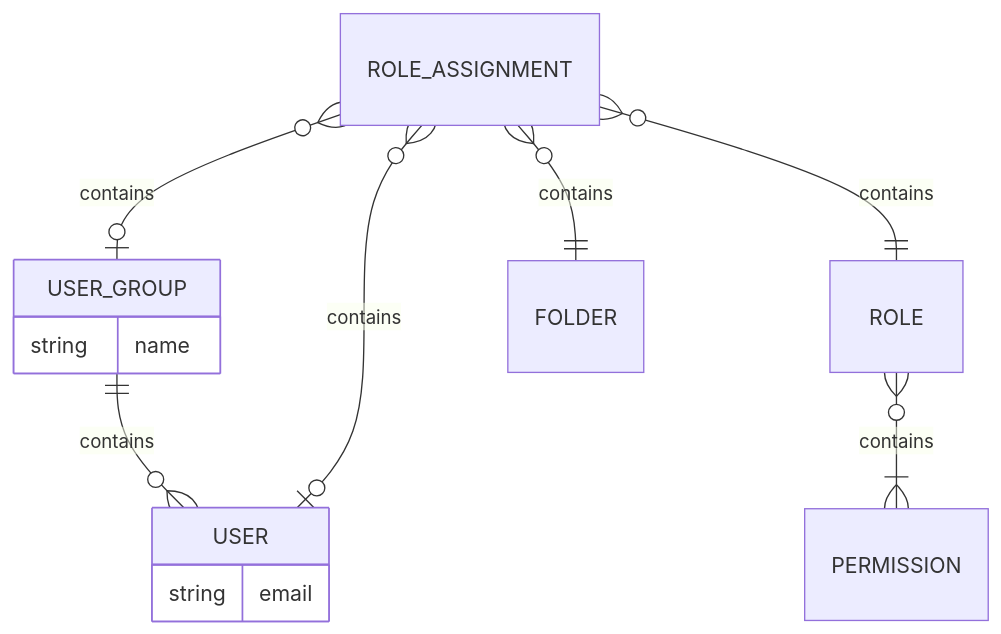
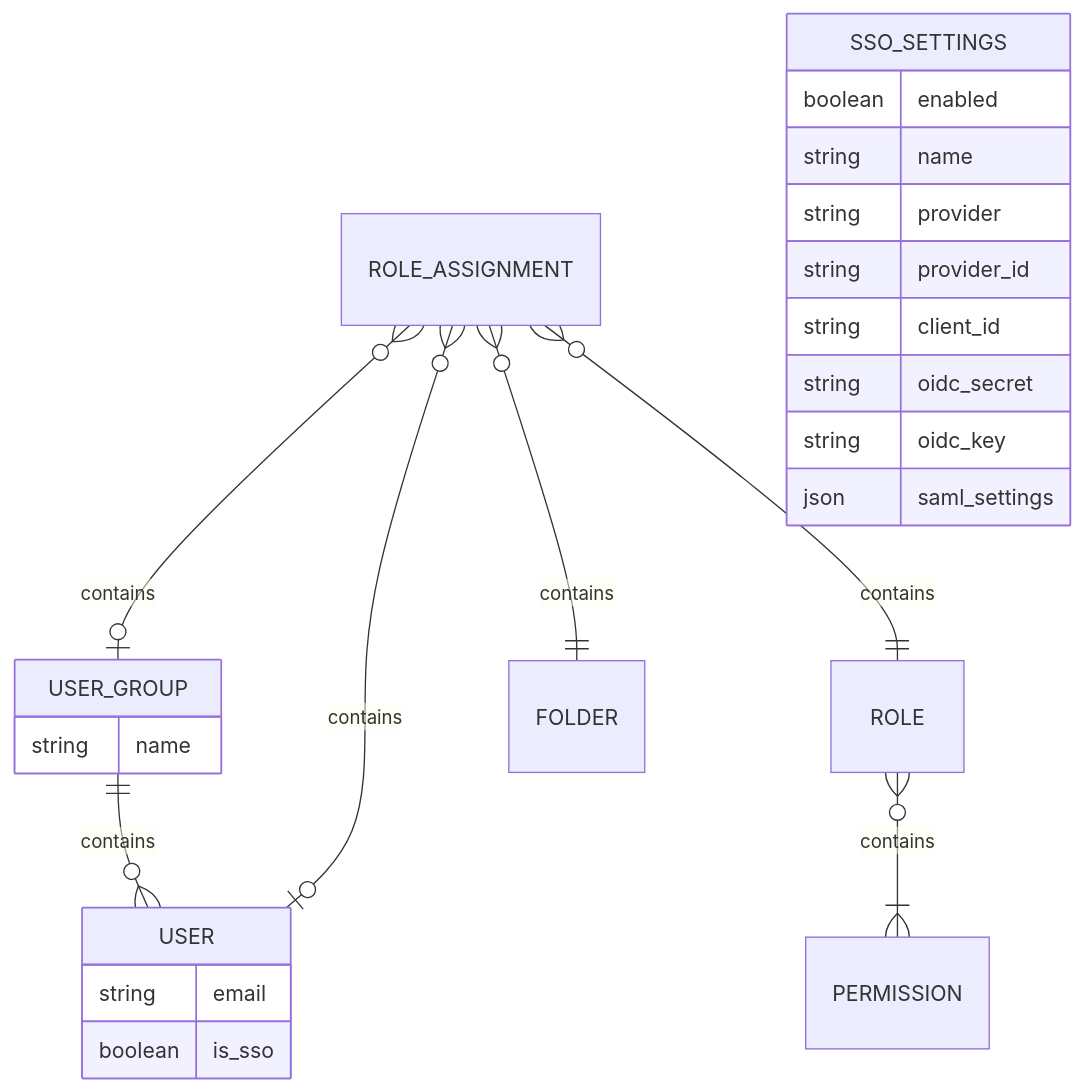
Before and after one commit to intuitem/ciso-assistant-community: the first of 7 diagrams in documentation/architecture/data-model.md, drawn with Mermaid. The commit also changed other lines of this file, not shown here.

Commit message:
Add SSO specification

````diff
--- a/documentation/architecture/data-model.md
+++ b/documentation/architecture/data-model.md
@@ -7,19 +7,31 @@
 ```mermaid
 erDiagram
 
     USER_GROUP      ||--o{ USER      : contains
     ROLE            }o--|{ PERMISSION: contains
     ROLE_ASSIGNMENT }o--o| USER_GROUP: contains
     ROLE_ASSIGNMENT }o--o| USER      : contains
     ROLE_ASSIGNMENT }o--|| FOLDER    : contains
     ROLE_ASSIGNMENT }o--|| ROLE      : contains
 
     USER {
-        string email
+        string  email
+        boolean is_sso
     }
 
     USER_GROUP {
         string name
     }
 
+    SSO_SETTINGS {
+        boolean enabled
+        string  name
+        string  provider
+        string  provider_id
+        string  client_id
+        string  oidc_secret
+        string  oidc_key
+        json    saml_settings
+    }
+
 ```
````
